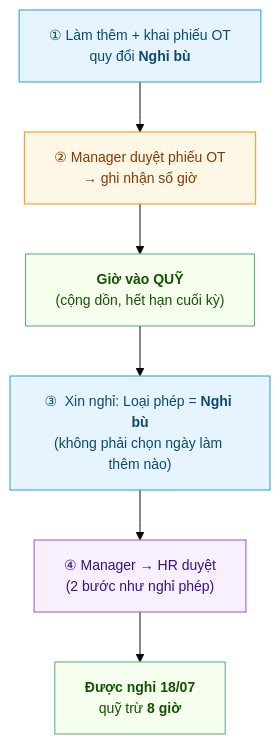
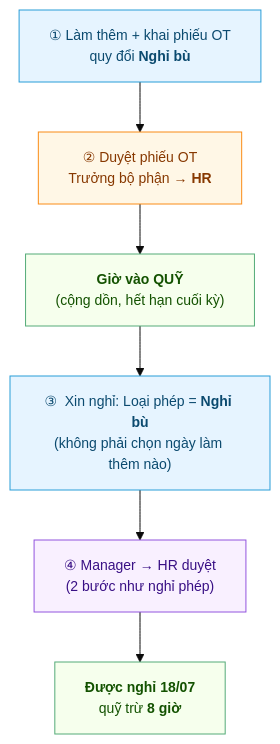
One commit to CobeGroup/cobe_erp_documents changed the diagram in users/Hanh-Trinh-Nghi-Bu.md. Above: the diagram before and after it, drawn with Mermaid. The commit also changed other lines of this file and 5 other files, not shown here.

````diff
--- a/users/Hanh-Trinh-Nghi-Bu.md
+++ b/users/Hanh-Trinh-Nghi-Bu.md
@@ -40,15 +40,15 @@
 ```mermaid
 %%{init:{'theme':'base','themeVariables':{'fontSize':'14px'}}}%%
 flowchart TB
   classDef nv fill:#e6f4ff,stroke:#299dd8,color:#0b4a6f;
   classDef mg fill:#fff7e6,stroke:#fa8c16,color:#873800;
   classDef hr fill:#f9f0ff,stroke:#9254de,color:#391085;
   classDef ok fill:#f6ffed,stroke:#54ab78,color:#135200;
   A["①  Làm thêm + khai phiếu OT<br/>quy đổi <b>Nghỉ bù</b>"]:::nv
-  B["②  Manager duyệt phiếu OT<br/>→ ghi nhận số giờ"]:::mg
+  B["②  Duyệt phiếu OT<br/>Trưởng bộ phận → <b>HR</b>"]:::mg
   C["<b>Giờ vào QUỸ</b><br/>(cộng dồn, hết hạn cuối kỳ)"]:::ok
   D["③  Xin nghỉ: Loại phép = <b>Nghỉ bù</b><br/>(không phải chọn ngày làm thêm nào)"]:::nv
   E["④  Manager → HR duyệt<br/>(2 bước như nghỉ phép)"]:::hr
   F["<b>Được nghỉ 18/07</b><br/>quỹ trừ <b>8 giờ</b>"]:::ok
   A --> B --> C --> D --> E --> F
 ```
````
